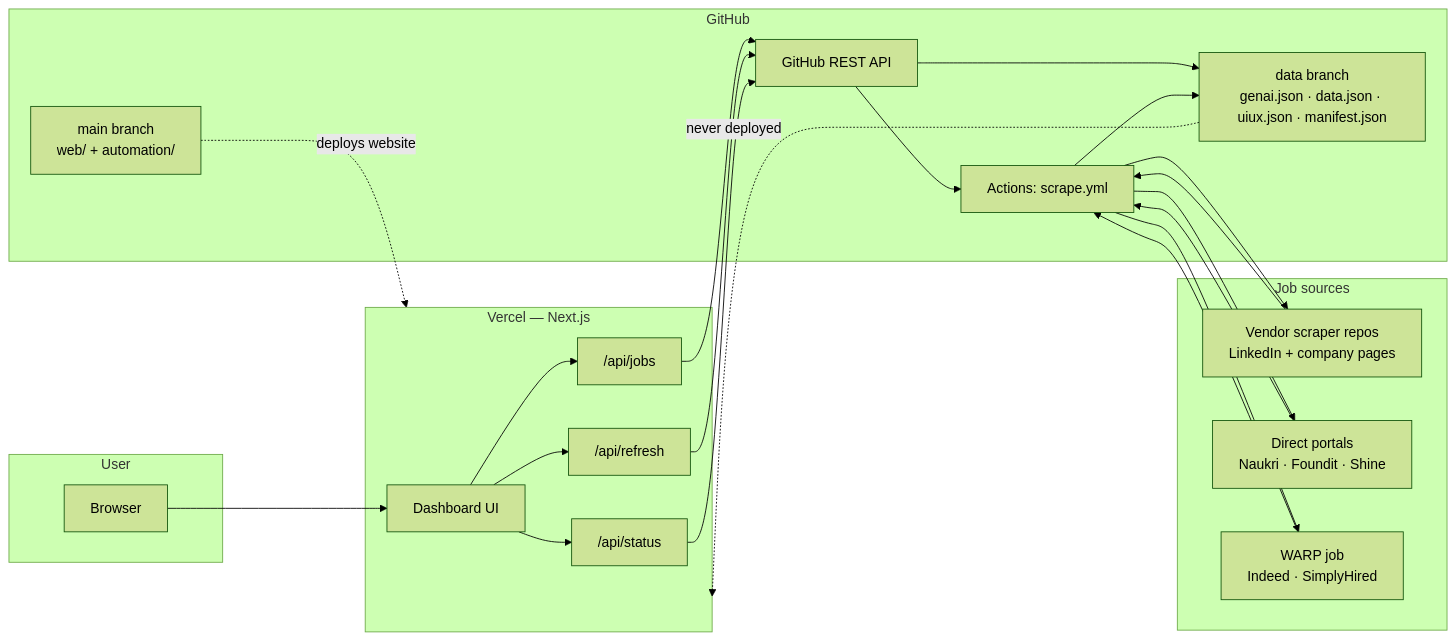
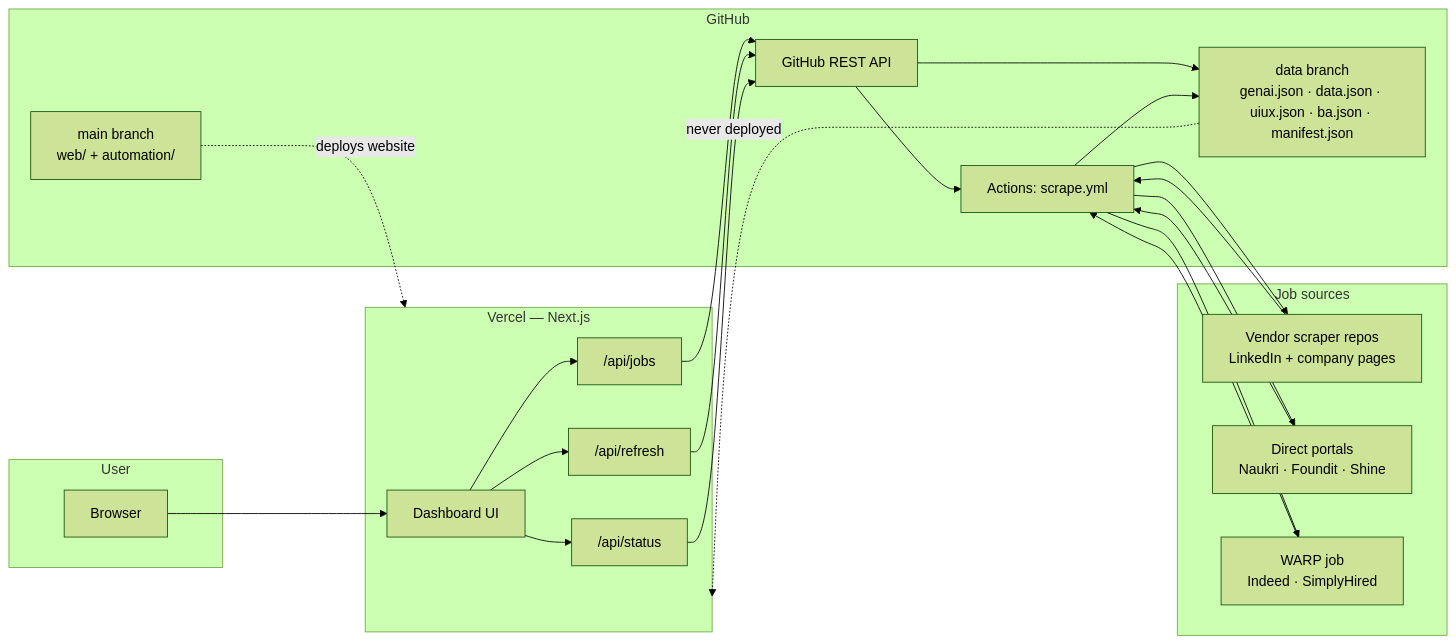
Before and after one commit to Dilip457/jobhunt-hub: the first of 3 diagrams in docs/ARCHITECTURE.md, drawn with Mermaid (forest theme). The commit also changed other lines of this file and 27 other files, not shown here.

````diff
--- a/docs/ARCHITECTURE.md
+++ b/docs/ARCHITECTURE.md
@@ -62,45 +63,45 @@
 ```mermaid
 flowchart LR
     subgraph User["User"]
         B["Browser"]
     end
 
     subgraph Vercel["Vercel — Next.js"]
         UI["Dashboard UI"]
         JOBS["/api/jobs"]
         REFRESH["/api/refresh"]
         STATUS["/api/status"]
     end
 
     subgraph GitHub["GitHub"]
         API["GitHub REST API"]
         ACTIONS["Actions: scrape.yml"]
-        DATA["data branch<br/>genai.json · data.json · uiux.json · manifest.json"]
+        DATA["data branch<br/>genai.json · data.json · uiux.json · ba.json · manifest.json"]
         MAIN["main branch<br/>web/ + automation/"]
     end
 
     subgraph Sources["Job sources"]
         VENDOR["Vendor scraper repos<br/>LinkedIn + company pages"]
         PORTALS["Direct portals<br/>Naukri · Foundit · Shine"]
         WARP["WARP job<br/>Indeed · SimplyHired"]
     end
 
     B --> UI
     UI --> JOBS
     UI --> REFRESH
     UI --> STATUS
     JOBS --> API
     API --> DATA
     REFRESH --> API
     API --> ACTIONS
     STATUS --> API
     ACTIONS --> VENDOR
     ACTIONS --> PORTALS
     ACTIONS --> WARP
     VENDOR --> ACTIONS
     PORTALS --> ACTIONS
     WARP --> ACTIONS
     ACTIONS --> DATA
     MAIN -. "deploys website" .-> Vercel
     DATA -. "never deployed" .-> Vercel
 ```
````
